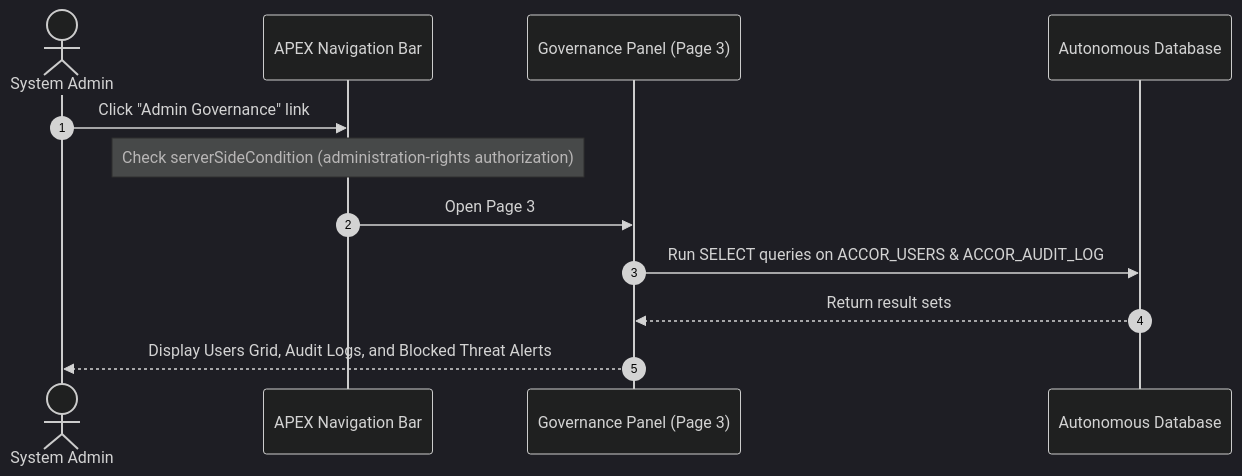
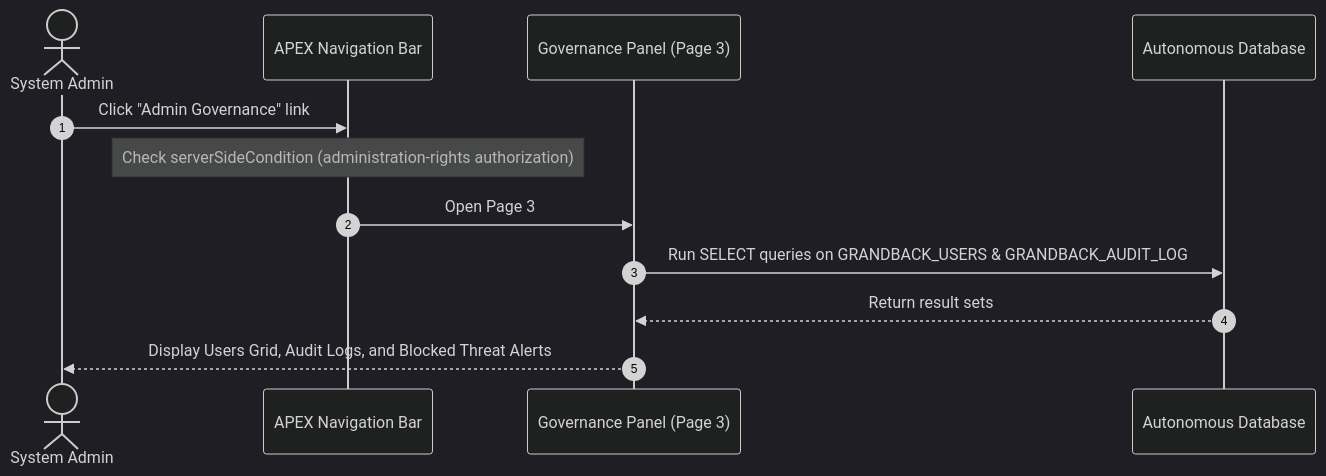
One commit to maniltns/ojas-apex-varient changed the fourth of 4 diagrams in Appflow.md. Above: the diagram before and after it, drawn with Mermaid (dark theme). The commit also changed other lines of this file and 45 other files, not shown here.

Commit message:
feat: initialize Grandback EBS bot application and refactor schema to follow naming conventions

````diff
--- a/Appflow.md
+++ b/Appflow.md
@@ -83,15 +90,15 @@
 ```mermaid
 sequenceDiagram
     autonumber
     actor Admin as System Admin
     participant App as APEX Navigation Bar
     participant AdminPage as Governance Panel (Page 3)
     participant DB as Autonomous Database
 
     Admin->>App: Click "Admin Governance" link
     Note over App: Check serverSideCondition (administration-rights authorization)
     App->>AdminPage: Open Page 3
-    AdminPage->>DB: Run SELECT queries on ACCOR_USERS & ACCOR_AUDIT_LOG
+    AdminPage->>DB: Run SELECT queries on GRANDBACK_USERS & GRANDBACK_AUDIT_LOG
     DB-->>AdminPage: Return result sets
     AdminPage-->>Admin: Display Users Grid, Audit Logs, and Blocked Threat Alerts
 ```
````
